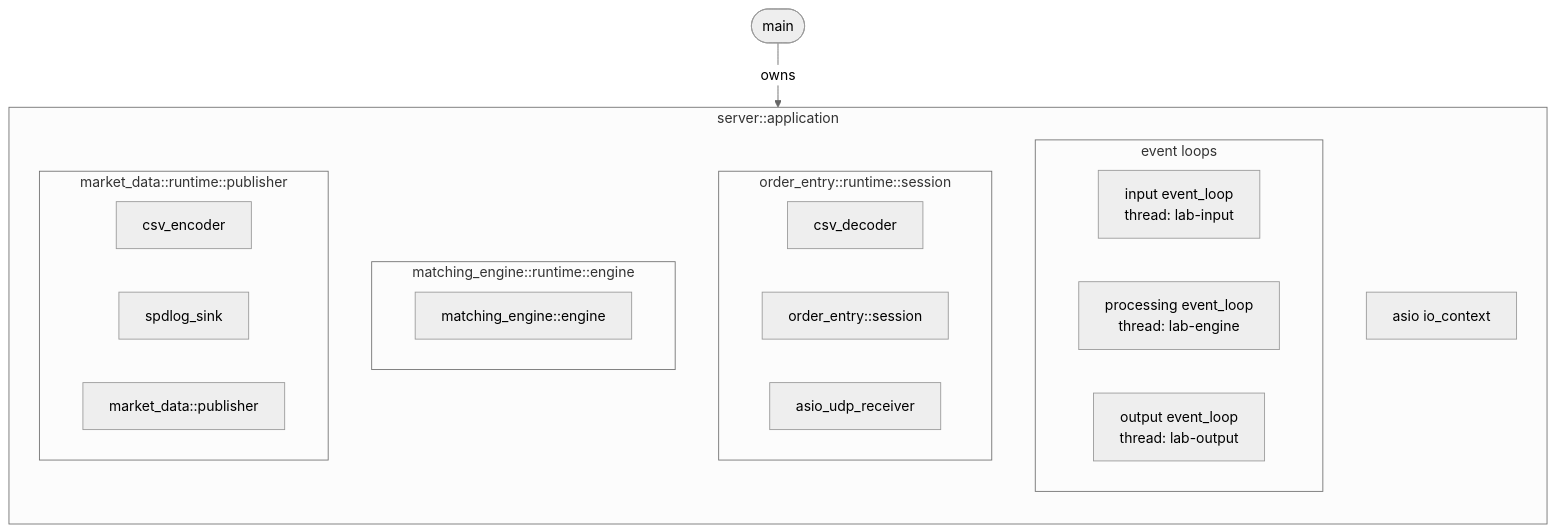
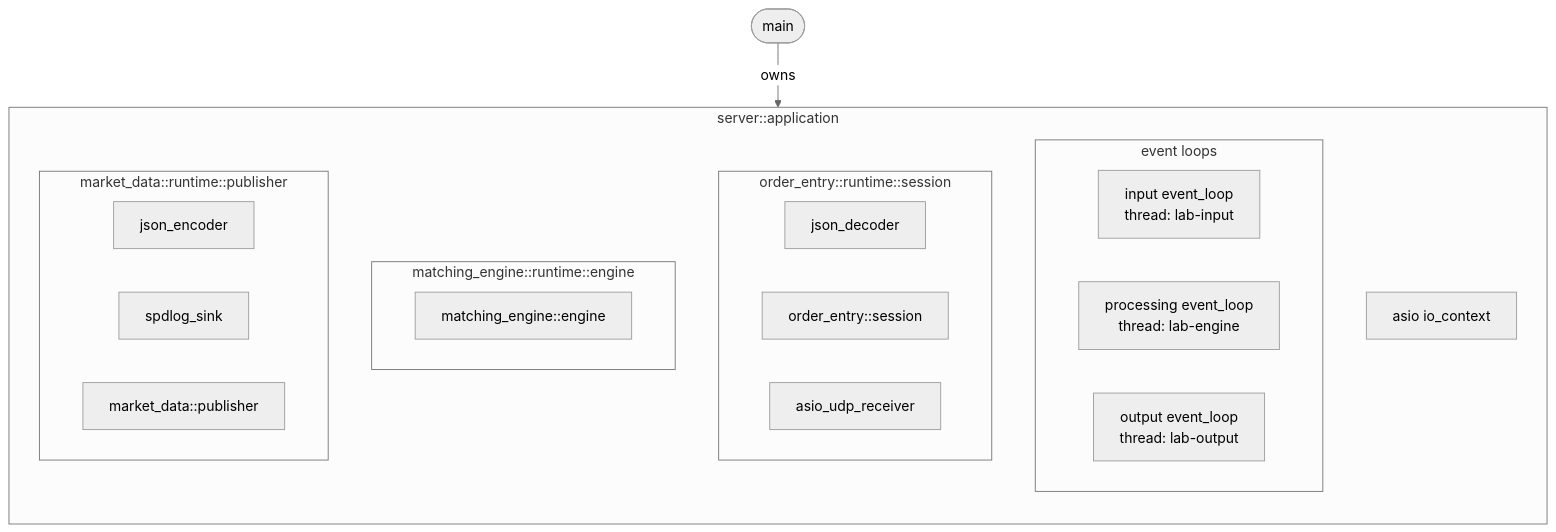
Before and after one commit to indiosmo/cpp-demo-build: the first of 2 diagrams in docs/runtime-startup.md, drawn with Mermaid (neutral theme). The commit also changed 115 other files, not shown here.

````diff
--- a/docs/runtime-startup.md
+++ b/docs/runtime-startup.md
@@ -32,38 +32,38 @@
 ```mermaid
 flowchart TB
   main([main])
 
   subgraph application[server::application]
     direction TB
 
     subgraph loops[event loops]
       direction LR
       input_loop[input event_loop<br/>thread: lab-input]
       processing_loop[processing event_loop<br/>thread: lab-engine]
       output_loop[output event_loop<br/>thread: lab-output]
     end
 
     io_context[asio io_context]
 
     subgraph routing[order_entry::runtime::session]
       direction LR
-      decoder[csv_decoder]
+      decoder[json_decoder]
       inner_session[order_entry::session]
       receiver[asio_udp_receiver]
     end
 
     subgraph engine_box[matching_engine::runtime::engine]
       direction LR
       engine_stage[matching_engine::engine]
     end
 
     subgraph publisher_box[market_data::runtime::publisher]
       direction LR
-      encoder[csv_encoder]
+      encoder[json_encoder]
       sink[spdlog_sink]
       inner_publisher[market_data::publisher]
     end
   end
 
   main -->|owns| application
 ```
````
